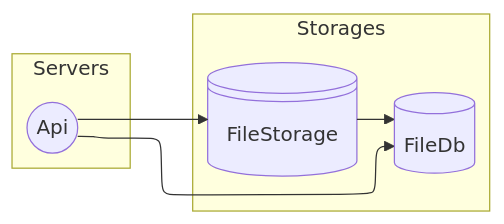
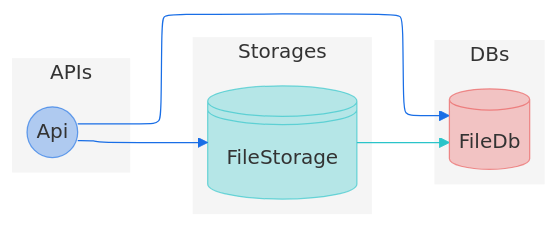
One commit to sbalmt/ez4 changed the diagram in examples/aws-storage-manager/docs/storage-manager-topology.mmd. Above: the diagram before and after it, drawn with Mermaid. The commit also changed 424 other files, not shown here.

```diff
--- a/examples/aws-storage-manager/docs/storage-manager-topology.mmd
+++ b/examples/aws-storage-manager/docs/storage-manager-topology.mmd
@@ -1,12 +1,30 @@
-%%{init: { "layout": "elk" } }%%
+%%{init: { "layout": "elk", "theme": "light" } }%%
 graph LR
-	subgraph Servers
+	classDef ez4Api fill:#196ee650, stroke:#196ee6a0;
+	classDef ez4ApiImport fill:#196ee625, stroke:#196ee6a0, stroke-dasharray:5 5;
+	classDef ez4ApiEdge stroke:#196ee6
+	subgraph APIs
+		style APIs fill: #f5f5f5, stroke-width: 0
 		Api@{ shape: circle, label: "Api" }
+		class Api ez4Api
 	end
+	classDef ez4Database fill:#eb575750, stroke:#eb5757a0;
+	classDef ez4DatabaseEdge stroke:#eb5757;
+	subgraph DBs
+		style DBs fill: #f5f5f5, stroke-width: 0
+		FileDb@{ shape: cyl, label: "FileDb" }
+		class FileDb ez4Database
+	end
+	classDef ez4Bucket fill:#2ac4c950, stroke:#2ac4c9a0;
+	classDef ez4BucketEdge stroke:#2ac4c9;
 	subgraph Storages
+		style Storages fill: #f5f5f5, stroke-width: 0
 		FileStorage@{ shape: lin-cyl, label: "FileStorage" }
-		FileDb@{ shape: cyl, label: "FileDb" }
+		class FileStorage ez4Bucket
 	end
-	FileStorage --> FileDb
-	Api --> FileStorage
-	Api --> FileDb
+	FileStorage FileDbFileStorage@--> FileDb
+	Api FileStorageApi@--> FileStorage
+	Api FileDbApi@--> FileDb
+	class FileDbFileStorage ez4BucketEdge
+	class FileStorageApi ez4ApiEdge
+	class FileDbApi ez4ApiEdge
```
